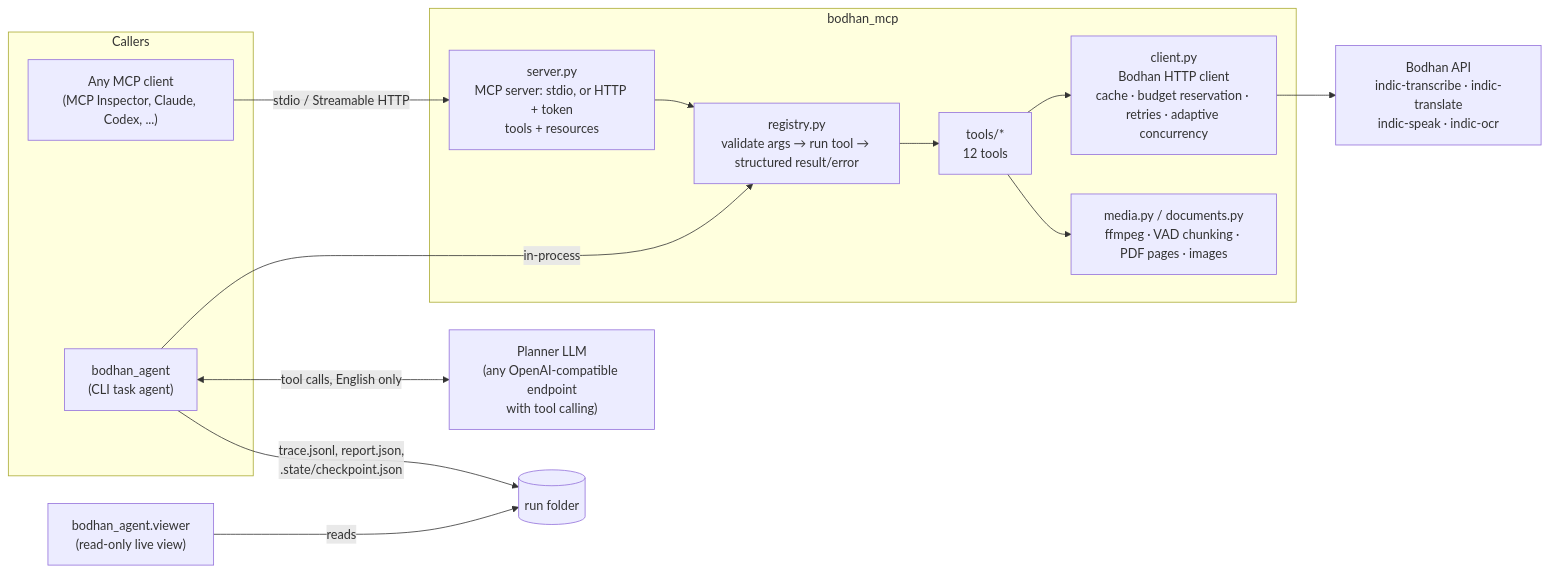
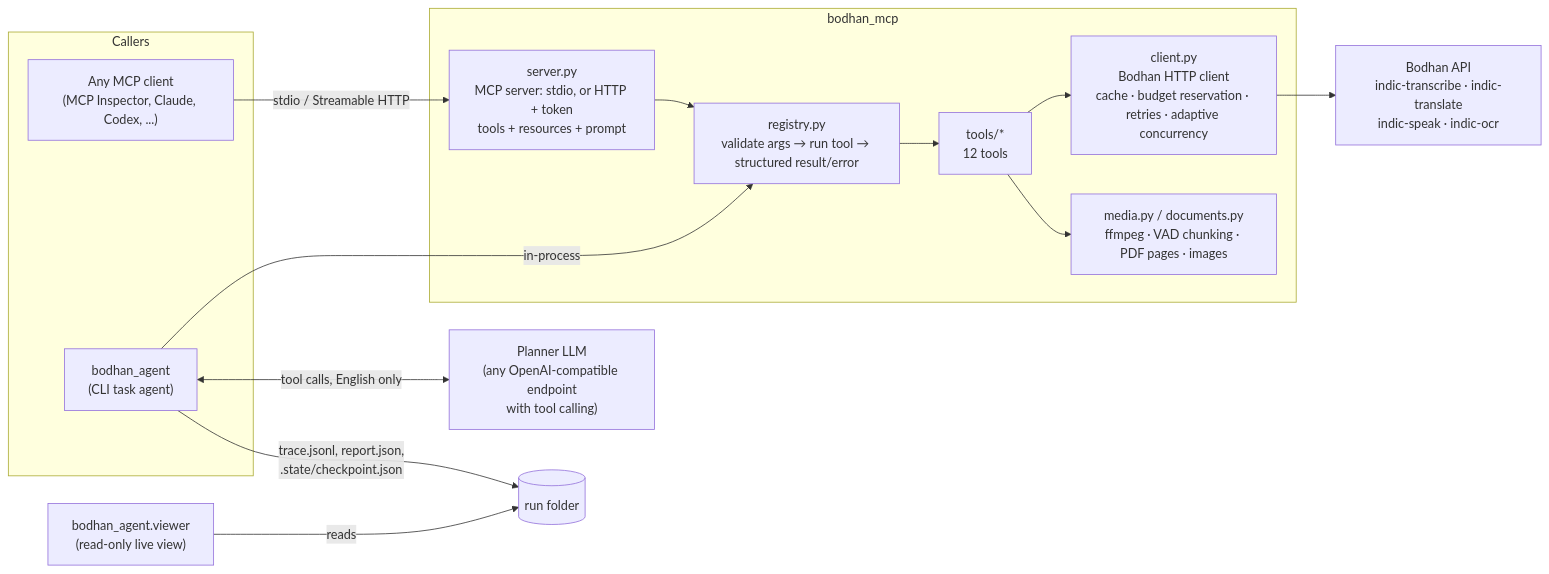
One commit to Bodhan-AI/Bodhan-AI-Cookbook changed the first of 2 diagrams in examples/indic_task_agent/docs/design.md. Above: the diagram before and after it, drawn with Mermaid. The commit also changed other lines of this file and 2 other files, not shown here.

Commit message:
docs(indic_task_agent): design-in-10-minutes box, why 12 tools, concision pass; Groq gpt-oss-20b marked quota-blocked, not evaluated

````diff
--- a/examples/indic_task_agent/docs/design.md
+++ b/examples/indic_task_agent/docs/design.md
@@ -9,23 +17,23 @@
 ```mermaid
 flowchart LR
     subgraph clients[Callers]
         A["bodhan_agent<br/>(CLI task agent)"]
         M["Any MCP client<br/>(MCP Inspector, Claude, Codex, ...)"]
     end
     subgraph server["bodhan_mcp"]
-        S["server.py<br/>MCP server: stdio, or HTTP + token<br/>tools + resources"]
+        S["server.py<br/>MCP server: stdio, or HTTP + token<br/>tools + resources + prompt"]
         R["registry.py<br/>validate args → run tool → structured result/error"]
         T["tools/*<br/>12 tools"]
         C["client.py<br/>Bodhan HTTP client<br/>cache · budget reservation · retries · adaptive concurrency"]
         X["media.py / documents.py<br/>ffmpeg · VAD chunking · PDF pages · images"]
     end
     LLM["Planner LLM<br/>(any OpenAI-compatible endpoint<br/>with tool calling)"]
     B["Bodhan API<br/>indic-transcribe · indic-translate<br/>indic-speak · indic-ocr"]
     M -- "stdio / Streamable HTTP" --> S --> R
     A -- in-process --> R
     A <-- tool calls, English only --> LLM
     A -- "trace.jsonl, report.json,<br/>.state/checkpoint.json" --> F[("run folder")]
     V["bodhan_agent.viewer<br/>(read-only live view)"] -- reads --> F
     R --> T --> C --> B
     T --> X
 ```
````
